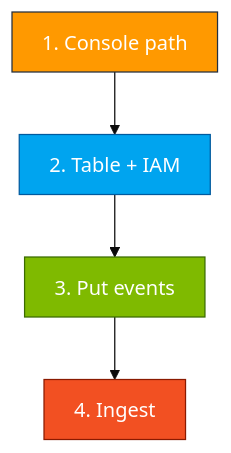
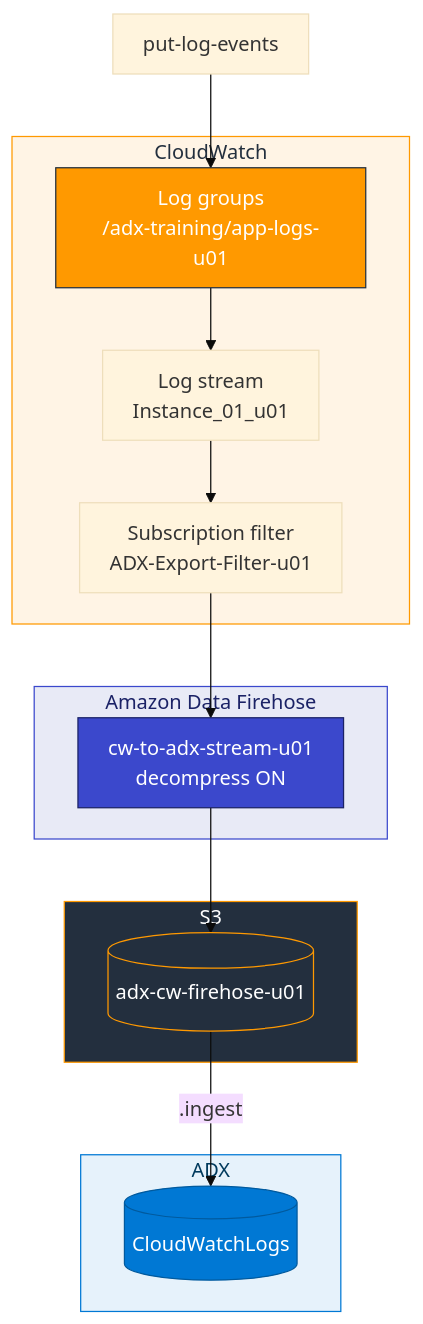
Before and after one commit to atingupta2005/adx-aws-training-aug-26: the first of 2 diagrams in Module_03_AWS_CloudWatch/03_CloudWatch_to_ADX_Lab.md, drawn with Mermaid. The commit also changed other lines of this file and 27 other files, not shown here.

````diff
--- a/Module_03_AWS_CloudWatch/03_CloudWatch_to_ADX_Lab.md
+++ b/Module_03_AWS_CloudWatch/03_CloudWatch_to_ADX_Lab.md
@@ -30,11 +34,32 @@
 ```mermaid
 %%{init: {"theme":"base","flowchart":{"htmlLabels":true,"padding":12}}}%%
 flowchart TB
-  A["1. Console path"] --> B["2. Table + IAM"]
-  B --> C["3. Put events"]
-  C --> D["4. Ingest"]
-  style A fill:#FF9900,stroke:#232F3E,color:#fff
-  style B fill:#00A4EF,stroke:#005A9E,color:#fff
-  style C fill:#7FBA00,stroke:#3A6B00,color:#fff
-  style D fill:#F25022,stroke:#8B1A00,color:#fff
+  subgraph cw [CloudWatch]
+    LG["Log groups<br/>/adx-training/app-logs-u01"]
+    STR["Log stream<br/>Instance_01_u01"]
+    SF["Subscription filter<br/>ADX-Export-Filter-u01"]
+  end
+  subgraph kin [Amazon Data Firehose]
+    FH["cw-to-adx-stream-u01<br/>decompress ON"]
+  end
+  subgraph s3 [S3]
+    BKT[("adx-cw-firehose-u01")]
+  end
+  subgraph adx [ADX]
+    TBL[("CloudWatchLogs")]
+  end
+  PUT["put-log-events"] --> LG
+  LG --> STR
+  STR --> SF
+  SF --> FH
+  FH --> BKT
+  BKT -->|".ingest"| TBL
+  style cw fill:#FFF4E5,stroke:#FF9900,color:#232F3E
+  style kin fill:#E8EAF6,stroke:#3B48CC,color:#1B2266
+  style s3 fill:#232F3E,stroke:#FF9900,color:#fff
+  style adx fill:#E6F2FB,stroke:#0078D4,color:#003A5D
+  style LG fill:#FF9900,stroke:#232F3E,color:#fff
+  style FH fill:#3B48CC,stroke:#1B2266,color:#fff
+  style BKT fill:#232F3E,stroke:#FF9900,color:#fff
+  style TBL fill:#0078D4,stroke:#005A9E,color:#fff
 ```
````
